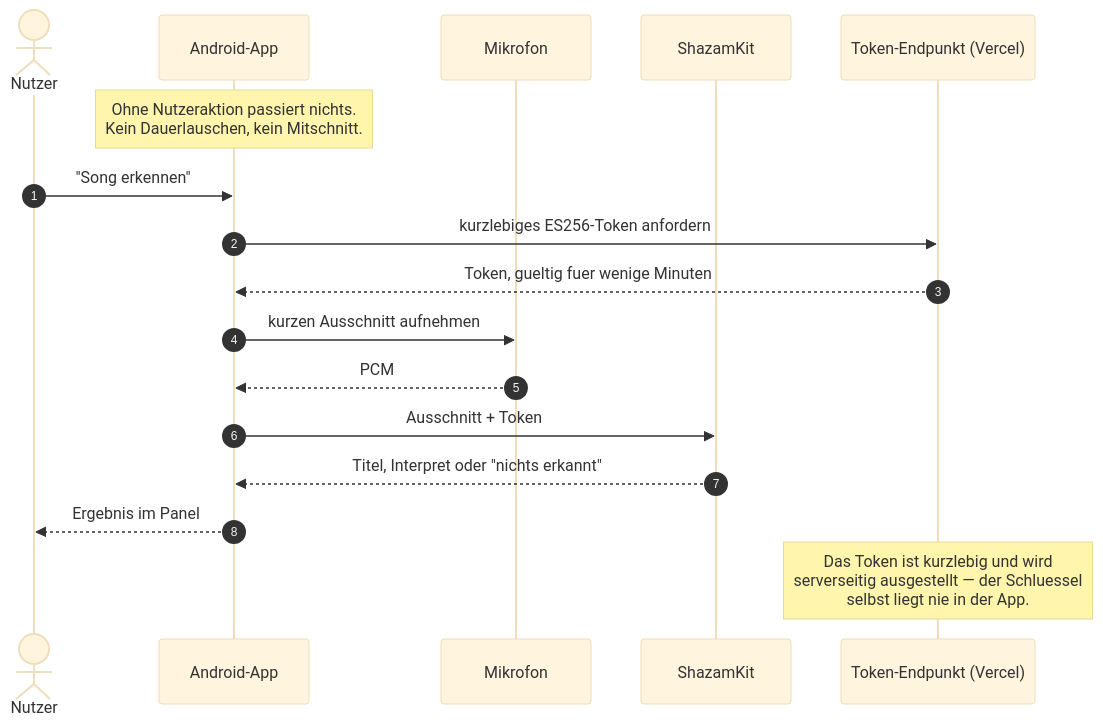
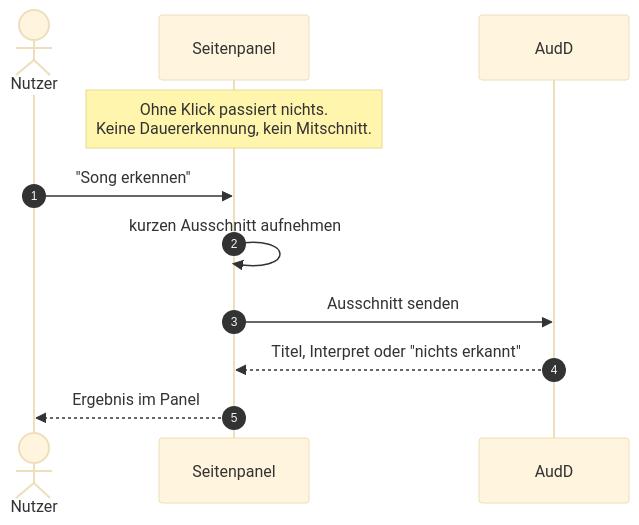
The third of 4 diagrams in README.md (KikiKari/Projects), drawn with Mermaid (base theme) before and after one commit. The commit also changed other lines of this file and 105 other files, not shown here.

````diff
--- a/README.md
+++ b/README.md
@@ -127,20 +123,14 @@
 ```mermaid
 sequenceDiagram
     autonumber
     actor N as Nutzer
-    participant A as Android-App
-    participant M as Mikrofon
-    participant S as ShazamKit
-    participant T as Token-Endpunkt (Vercel)
+    participant P as Seitenpanel
+    participant A as AudD
 
-    Note over A: Ohne Nutzeraktion passiert nichts.<br/>Kein Dauerlauschen, kein Mitschnitt.
-    N->>A: "Song erkennen"
-    A->>T: kurzlebiges ES256-Token anfordern
-    T-->>A: Token, gueltig fuer wenige Minuten
-    A->>M: kurzen Ausschnitt aufnehmen
-    M-->>A: PCM
-    A->>S: Ausschnitt + Token
-    S-->>A: Titel, Interpret oder "nichts erkannt"
-    A-->>N: Ergebnis im Panel
-    Note over T: Das Token ist kurzlebig und wird<br/>serverseitig ausgestellt — der Schluessel<br/>selbst liegt nie in der App.
+    Note over P: Ohne Klick passiert nichts.<br/>Keine Dauererkennung, kein Mitschnitt.
+    N->>P: "Song erkennen"
+    P->>P: kurzen Ausschnitt aufnehmen
+    P->>A: Ausschnitt senden
+    A-->>P: Titel, Interpret oder "nichts erkannt"
+    P-->>N: Ergebnis im Panel
 ```
````
